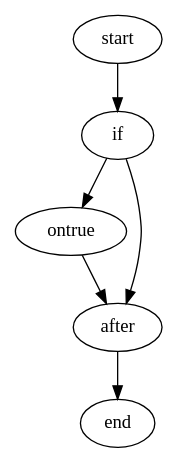
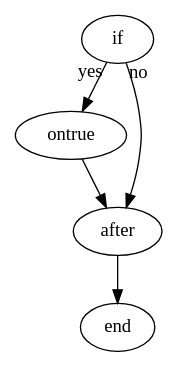
Before and after one commit to jindrapetrik/graphs: the diagram in graphs/ifnofalse.gv, drawn with Graphviz. The commit also changed 9 other files, not shown here.

```diff
--- a/graphs/ifnofalse.gv
+++ b/graphs/ifnofalse.gv
@@ -1,8 +1,9 @@
 digraph if {
-start->if;
-if->ontrue->after;
-if->after
+if[myfirst="1"]
+if->ontrue [taillabel="yes"];
+ontrue->after;
+if->after [taillabel="no"];
 
 
 after-> end;
 }
```
